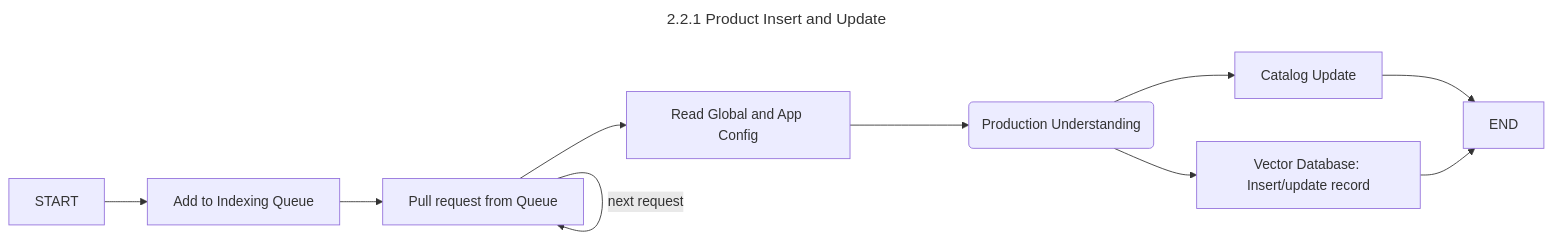
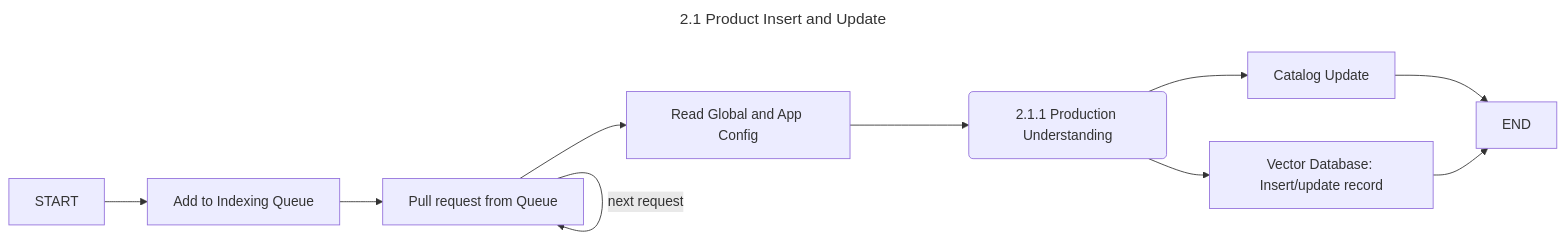
The diagram in 2_2_1_Insert_update_product.md (zchangvs/diagram), drawn with Mermaid before and after one commit.

````diff
--- a/2_2_1_Insert_update_product.md
+++ b/2_2_1_Insert_update_product.md
@@ -1,15 +1,15 @@
 ```mermaid
 ---
-title: 2.2.1 Product Insert and Update
+title: 2.1 Product Insert and Update
 ---
 flowchart LR
     ST[START] --> IQ[Add to Indexing Queue]
     IQ --> PQ[Pull request from Queue]
     PQ -- next request --> PQ
     PQ --> RC[Read Global and App Config]
-    RC --> PU(Production Understanding)
+    RC --> PU(2.1.1 Production Understanding)
     PU --> CU[Catalog Update]
     PU --> VD[Vector Database: Insert/update record]
     CU --> ED[END]
     VD --> ED
 ```
````
